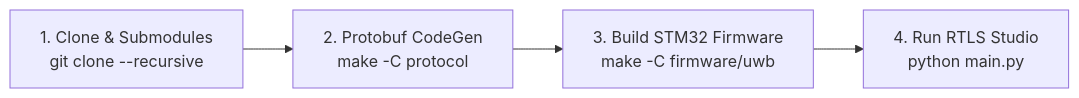
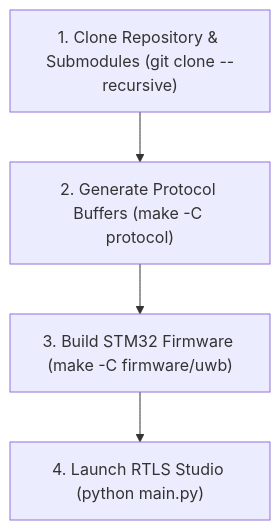
One commit to phuongmt08/uwb-rtls changed the diagram in docs/getting_started.md. Above: the diagram before and after it, drawn with Mermaid. The commit also changed other lines of this file and 17 other files, not shown here.

````diff
--- a/docs/getting_started.md
+++ b/docs/getting_started.md
@@ -36,4 +37,6 @@
 ```mermaid
-flowchart LR
-    S1["1. Clone & Submodules<br/>git clone --recursive"] --> S2["2. Protobuf CodeGen<br/>make -C protocol"] --> S3["3. Build STM32 Firmware<br/>make -C firmware/uwb"] --> S4["4. Run RTLS Studio<br/>python main.py"]
+flowchart TD
+    S1["1. Clone Repository & Submodules (git clone --recursive)"] --> S2["2. Generate Protocol Buffers (make -C protocol)"]
+    S2 --> S3["3. Build STM32 Firmware (make -C firmware/uwb)"]
+    S3 --> S4["4. Launch RTLS Studio (python main.py)"]
 ```
````
